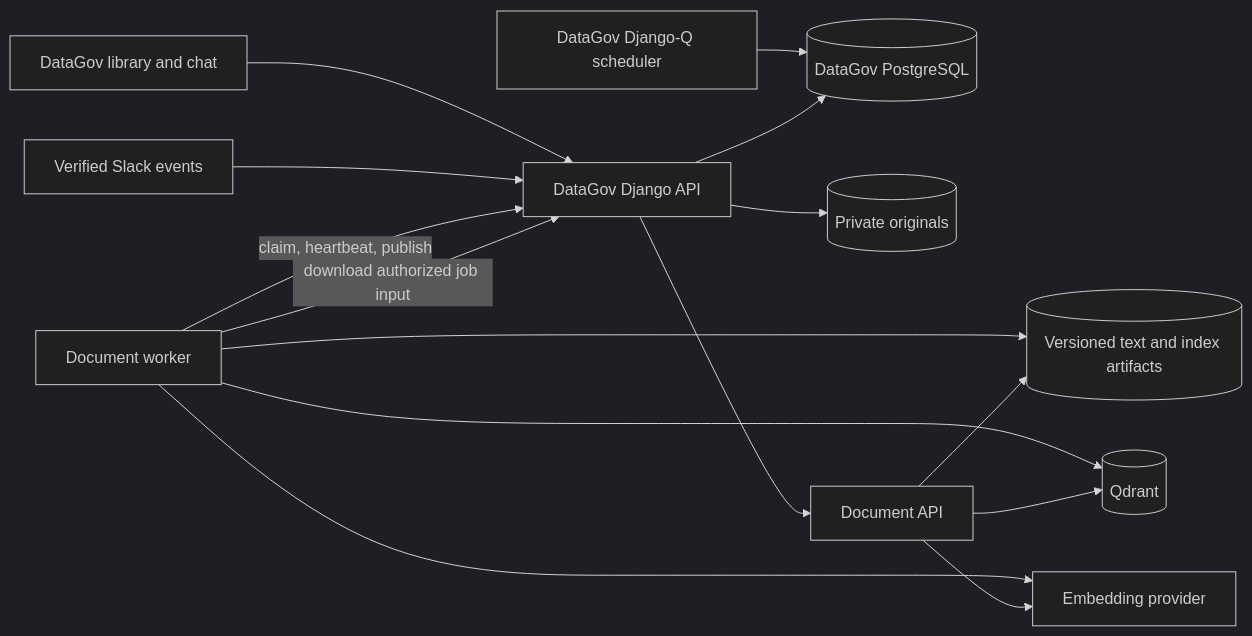
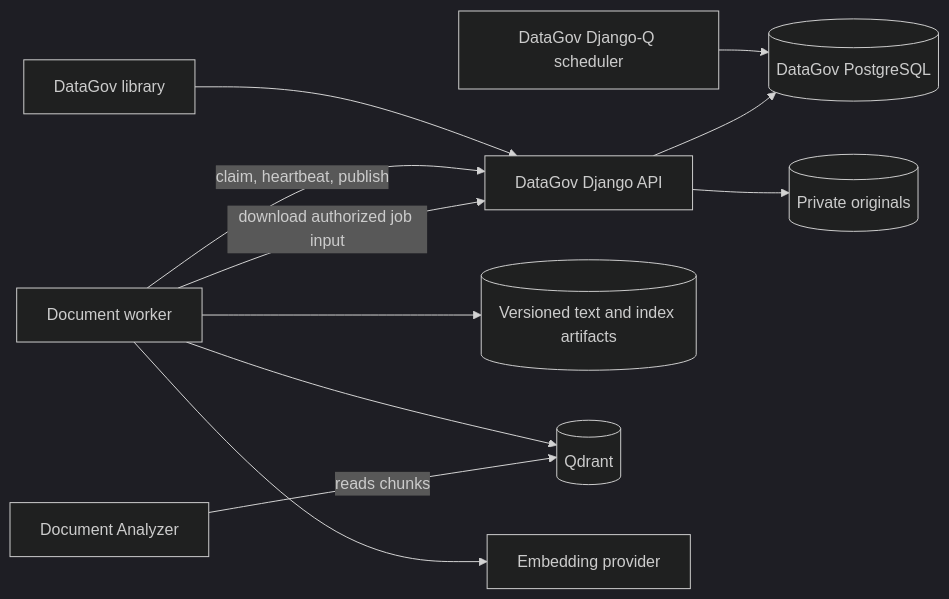
One commit to welcome-travel-technologies/datagov changed the diagram in docs/document-explorer.md. Above: the diagram before and after it, drawn with Mermaid (dark theme). The commit also changed other lines of this file and 151 other files, not shown here.

````diff
--- a/docs/document-explorer.md
+++ b/docs/document-explorer.md
@@ -9,17 +9,13 @@
 ```mermaid
 flowchart LR
-    Browser[DataGov library and chat] --> Web[DataGov Django API]
-    Slack[Verified Slack events] --> Web
+    Browser[DataGov library] --> Web[DataGov Django API]
     Scheduler[DataGov Django-Q scheduler] --> DB[(DataGov PostgreSQL)]
     Web --> DB
     Web --> Originals[(Private originals)]
-    Web --> API[Document API]
     Worker[Document worker] -->|claim, heartbeat, publish| Web
     Worker -->|download authorized job input| Web
     Worker --> Artifacts[(Versioned text and index artifacts)]
     Worker --> Vectors[(Qdrant)]
-    API --> Artifacts
-    API --> Vectors
     Worker --> Provider[Embedding provider]
-    API --> Provider
+    Analyzer[Document Analyzer] -->|reads chunks| Vectors
 ```
````
